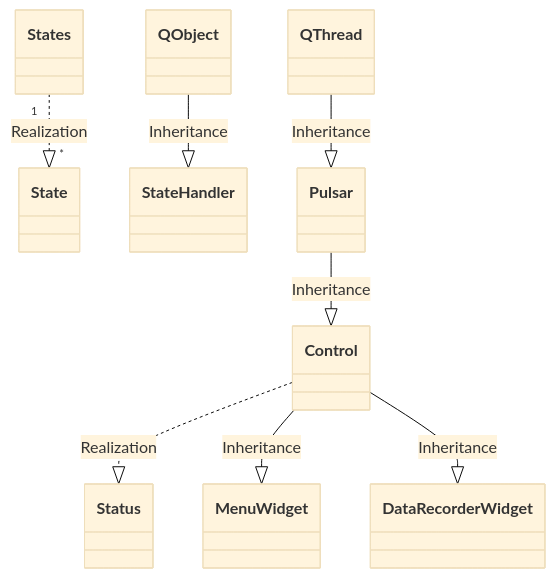
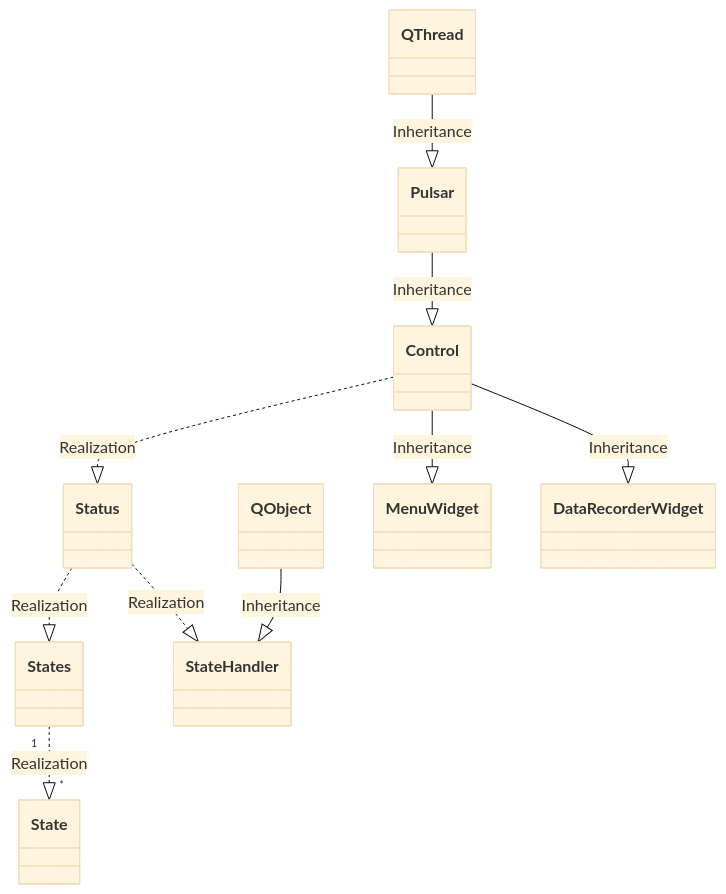
One commit to tud-hri/joan changed the diagram in README.md. Above: the diagram before and after it, drawn with Mermaid (base theme).

Commit message:
class layout with mermaid

````diff
--- a/README.md
+++ b/README.md
@@ -27,22 +27,24 @@
 ```mermaid
     classDiagram
         class Status
         class State
         class States
         class StateHandler
         class Pulsar
         class QObject
         class QThread
         class MenuWidget
         class DataRecorderWidget
 
         States "1" ..|> "*" State : Realization
+        Status ..|> States : Realization
+        Status ..|> StateHandler : Realization
         QObject --|> StateHandler : Inheritance
         QThread --|> Pulsar : Inheritance
         Pulsar --|> Control : Inheritance
         Control ..|> Status : Realization
         Control --|> MenuWidget : Inheritance
         Control  --|> DataRecorderWidget : Inheritance
       
 
 ```
````
